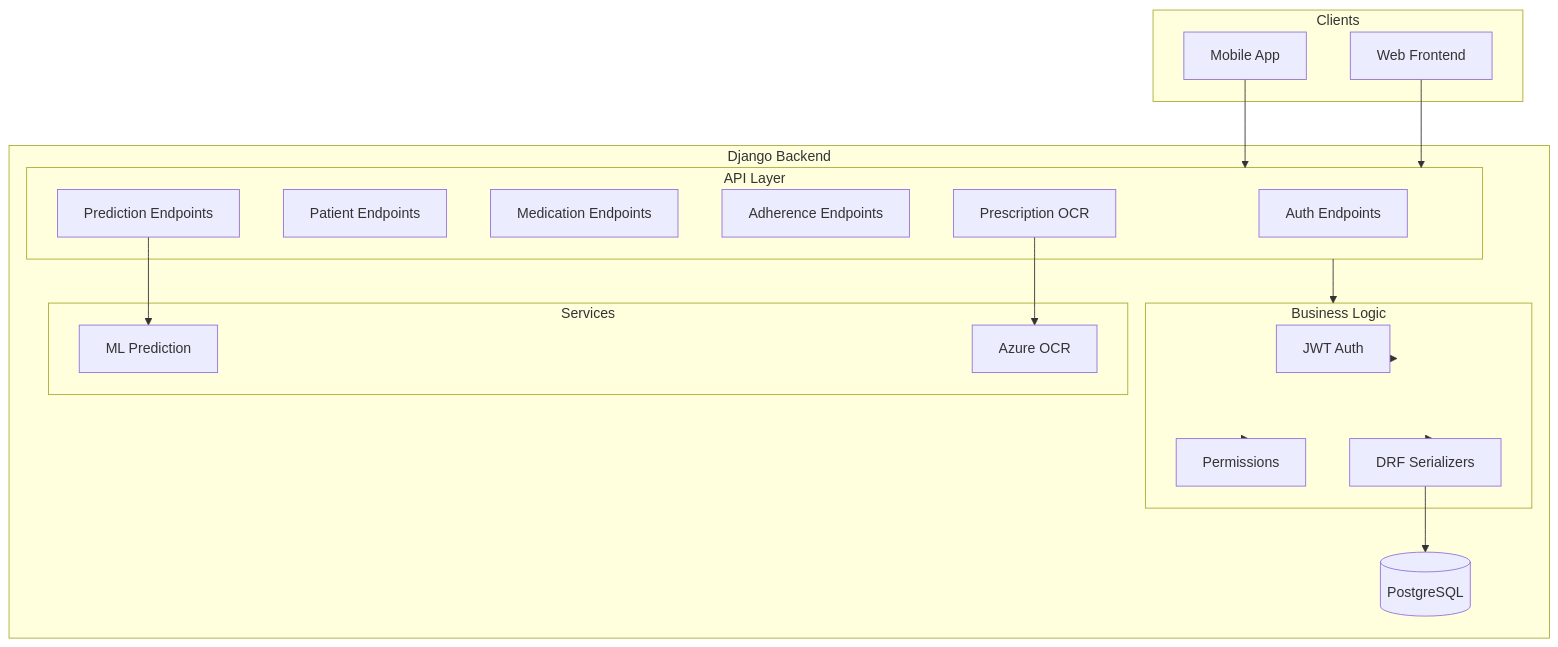
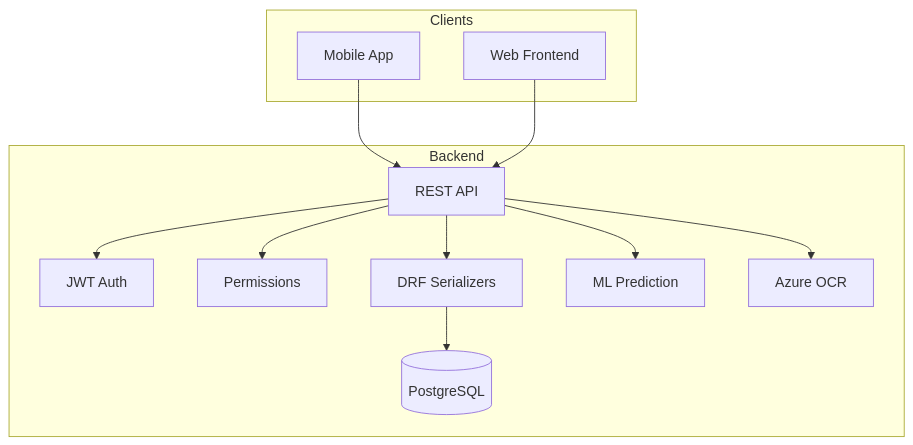
One commit to rathinadev/MedAssist changed the first of 2 diagrams in README.md. Above: the diagram before and after it, drawn with Mermaid. The commit also changed other lines of this file, not shown here.

Commit message:
docs: clean README - simple Mermaid diagrams

````diff
--- a/README.md
+++ b/README.md
@@ -7,41 +7,26 @@
 ```mermaid
 graph TD
     subgraph Clients
         Mobile[Mobile App]
         Web[Web Frontend]
     end
     
-    subgraph Django["Django Backend"]
-        subgraph API["API Layer"]
-            Auth[Auth Endpoints]
-            Patients[Patient Endpoints]
-            Medications[Medication Endpoints]
-            Adherence[Adherence Endpoints]
-            Predictions[Prediction Endpoints]
-            Prescriptions[Prescription OCR]
-        end
-        
-        subgraph Business["Business Logic"]
-            JWT[JWT Auth]
-            Perms[Permissions]
-            Serializers[DRF Serializers]
-        end
-        
-        subgraph Services["Services"]
-            ML[ML Prediction]
-            OCR[Azure OCR]
-        end
-        
+    subgraph Backend
+        API[REST API]
+        Auth[JWT Auth]
+        Perms[Permissions]
+        Serializers[DRF Serializers]
+        ML[ML Prediction]
+        OCR[Azure OCR]
         DB[(PostgreSQL)]
     end
     
     Mobile --> API
     Web --> API
-    API --> Business
-    Business --> Serializers
+    API --> Auth
+    API --> Perms
+    API --> Serializers
     Serializers --> DB
-    Business --> Perms
-    Business --> JWT
-    Predictions --> ML
-    Prescriptions --> OCR
+    API --> ML
+    API --> OCR
 ```
````
